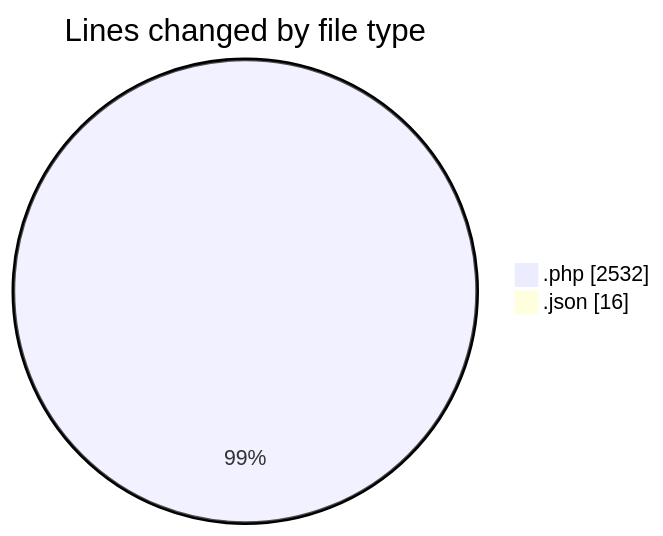
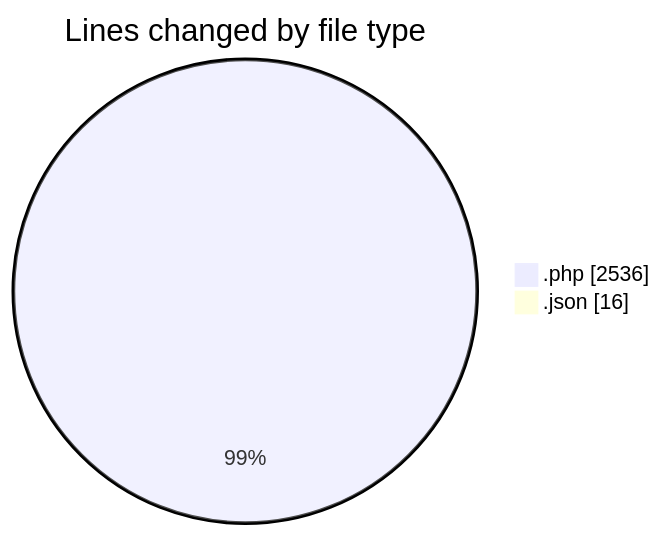
Before and after one commit to debugP/code-tracking: the first of 2 diagrams in 2025-10-22/untitled__workspace_/README.md, drawn with Mermaid. The commit also changed other lines of this file and 1 other file, not shown here.

````diff
--- a/2025-10-22/untitled__workspace_/README.md
+++ b/2025-10-22/untitled__workspace_/README.md
@@ -21,6 +21,6 @@
 ```mermaid
 pie showData
 title Lines changed by file type
-".php" : 2532
+".php" : 2536
 ".json" : 16
 ```
````
